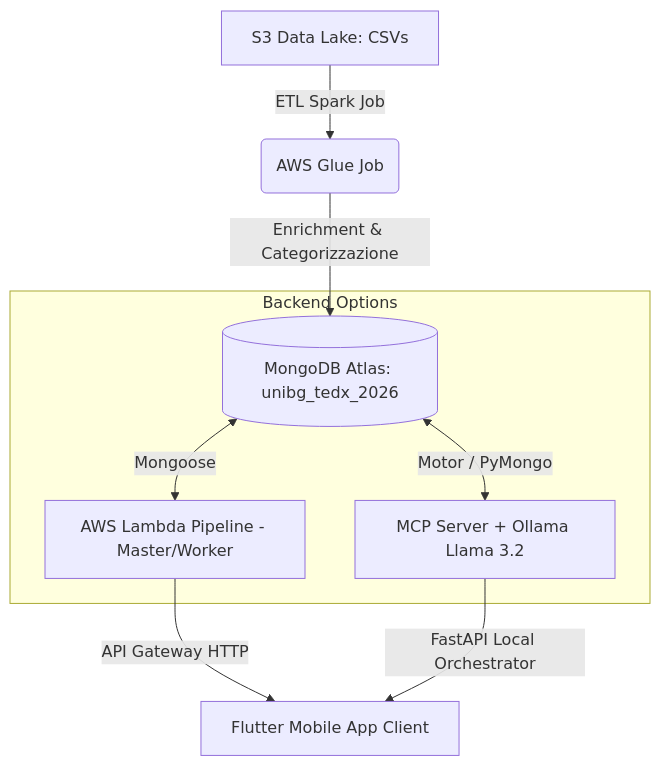
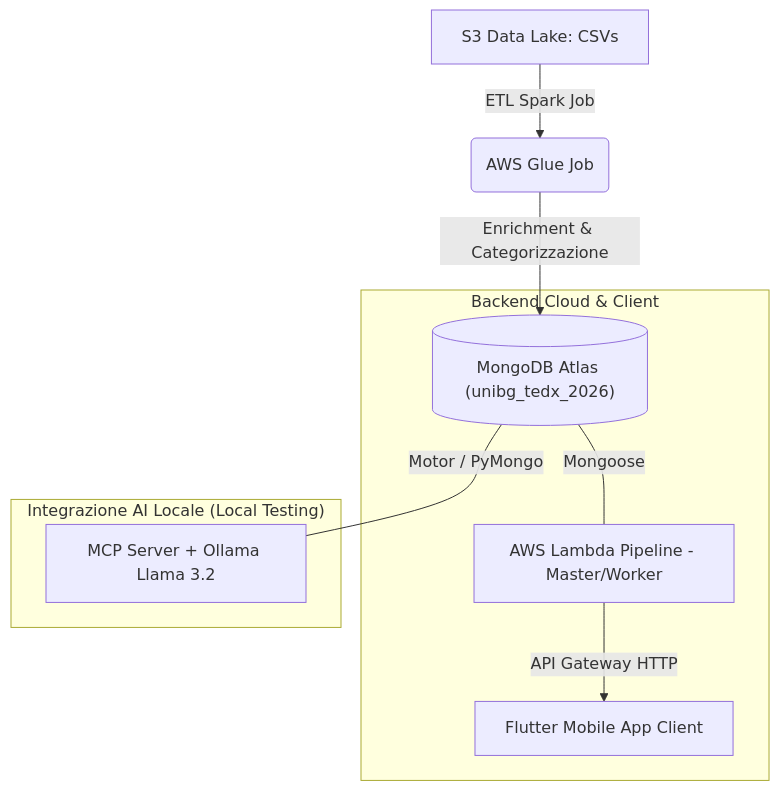
Before and after one commit to Nasatti/Shift-X: the diagram in README.md, drawn with Mermaid. The commit also changed other lines of this file and 1 other file, not shown here.

````diff
--- a/README.md
+++ b/README.md
@@ -13,13 +13,14 @@
 ```mermaid
 graph TD
     A[S3 Data Lake: CSVs] -->|ETL Spark Job| B(AWS Glue Job)
-    B -->|Enrichment & Categorizzazione| C[(MongoDB Atlas: unibg_tedx_2026)]
+    B -->|Enrichment & Categorizzazione| C[("MongoDB Atlas (unibg_tedx_2026)")]
     
-    subgraph Backend Options
-        C <-->|Mongoose| D[AWS Lambda Pipeline - Master/Worker]
-        C <-->|Motor / PyMongo| E[MCP Server + Ollama Llama 3.2]
+    subgraph "Backend Cloud & Client"
+        C ---|Mongoose| D[AWS Lambda Pipeline - Master/Worker]
+        D -->|API Gateway HTTP| F[Flutter Mobile App Client]
     end
     
-    D -->|API Gateway HTTP| F[Flutter Mobile App Client]
-    E -->|FastAPI Local Orchestrator| F
+    subgraph "Integrazione AI Locale (Local Testing)"
+        C ---|Motor / PyMongo| E[MCP Server + Ollama Llama 3.2]
+    end
 ```
````
